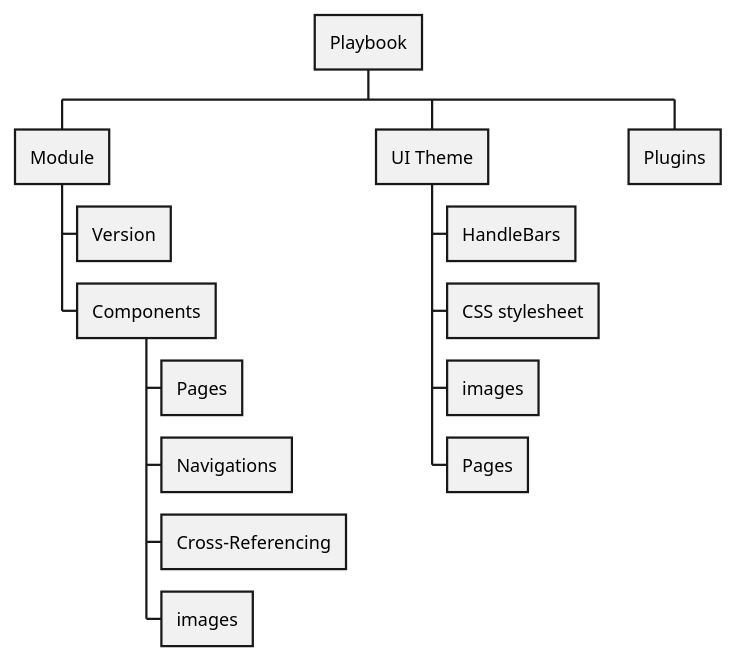
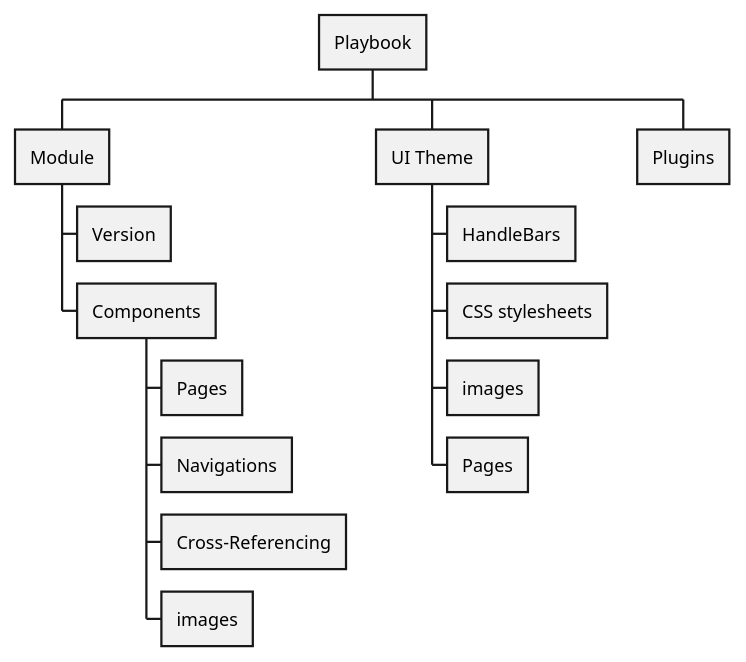
Before and after one commit to gerometan/frontpage: the diagram in docs/modules/concepts/partials/documentation-concept.puml, drawn with PlantUML.

```diff
--- a/docs/modules/concepts/partials/documentation-concept.puml
+++ b/docs/modules/concepts/partials/documentation-concept.puml
@@ -1,16 +1,16 @@
 @startwbs
 + Playbook
  + Module
   + Version
   + Components
    + Pages
    + Navigations
    + Cross-Referencing
    + images
  + UI Theme
   + HandleBars
-  + CSS stylesheet
+  + CSS stylesheets
   + images
   + Pages
  + Plugins
 @endwbs
```
